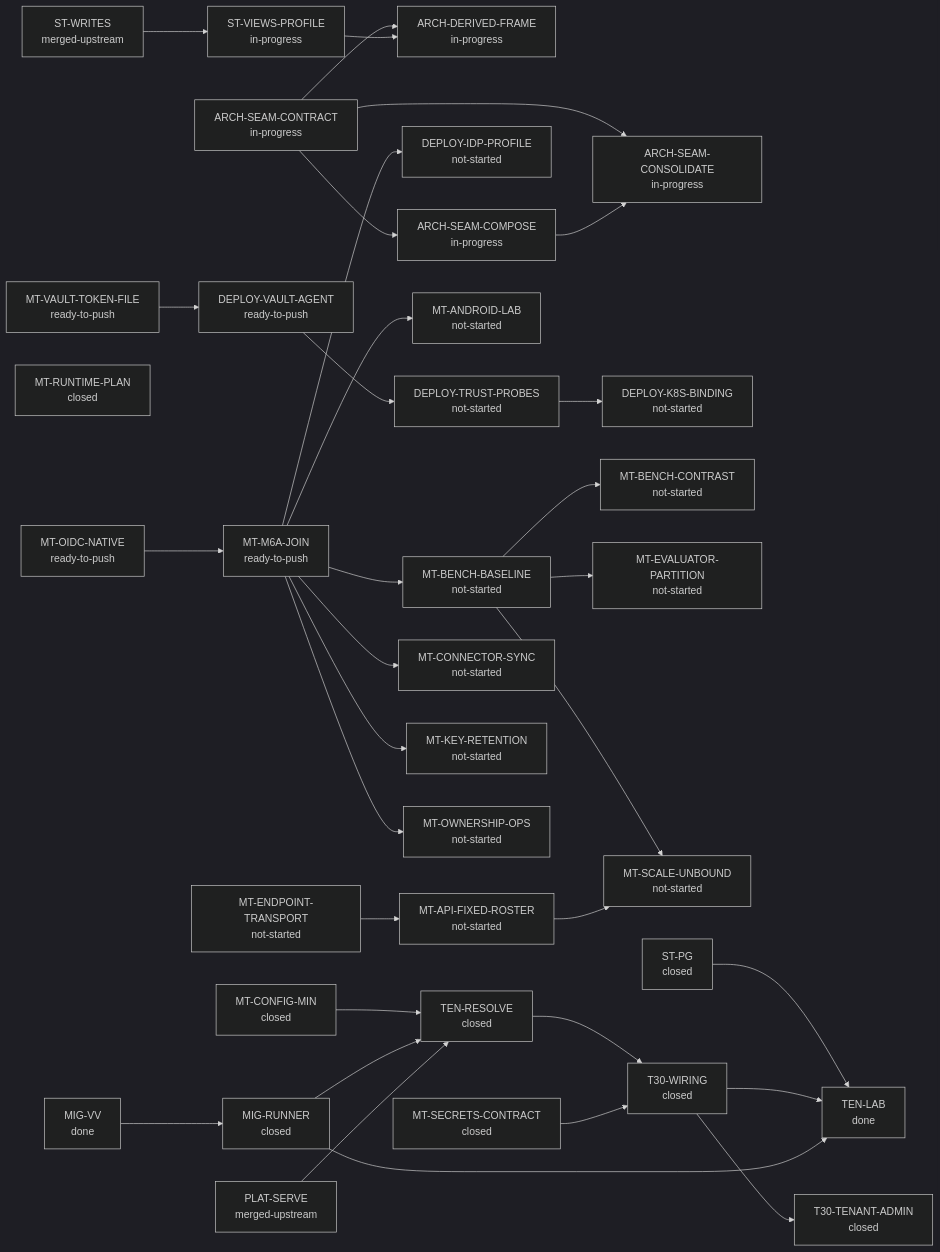
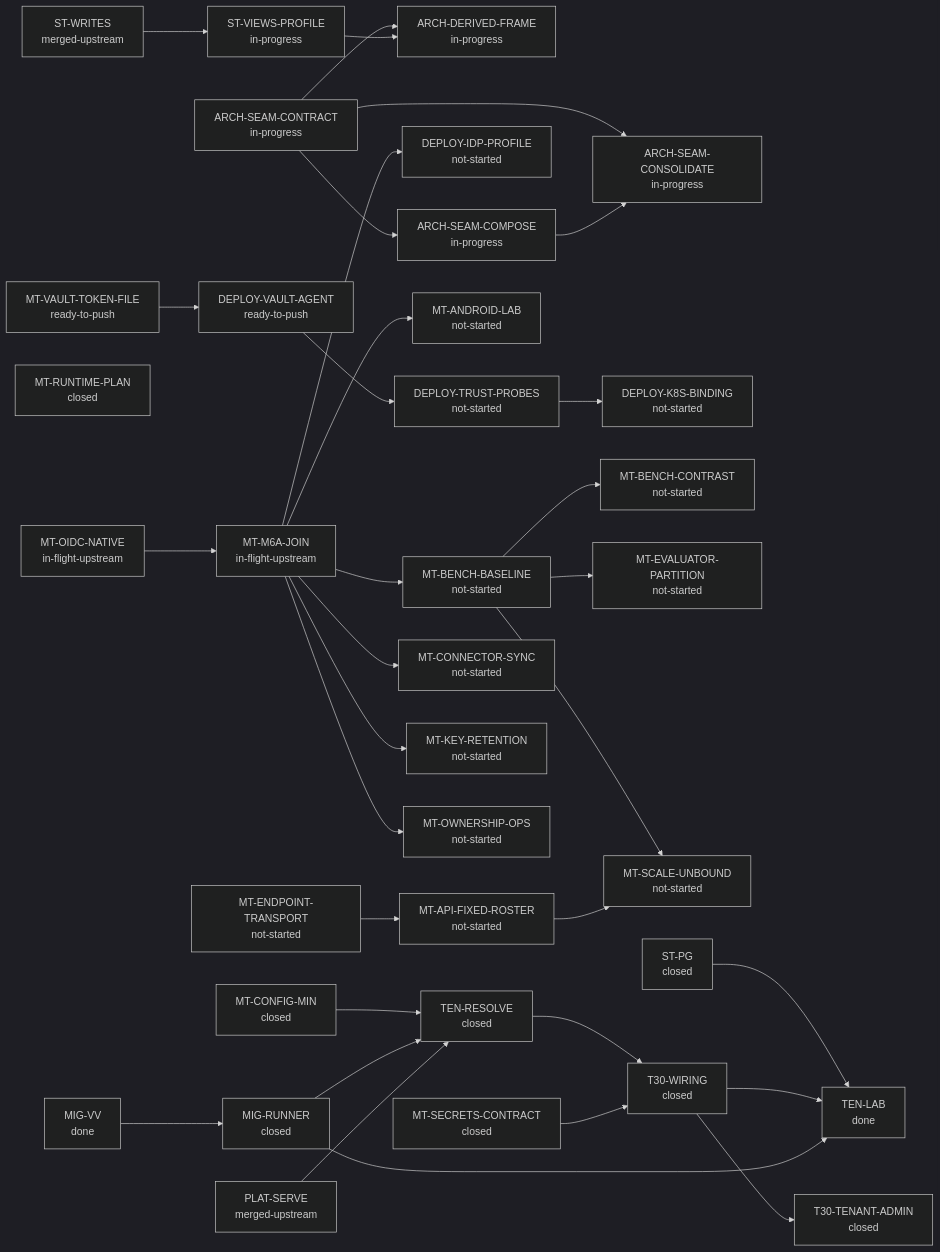
The second of 2 diagrams in docs/30-design/tenancy/multitenant-delivery-dashboard.md (bewest/rag-nightscout-ecosystem-alignment), drawn with Mermaid (dark theme) before and after one commit. The commit also changed other lines of this file and 10 other files, not shown here.

Commit message:
Record the #8898 push at 74036ba6, the opt-in discovery and owner DELETE decisions, CodeQL on the pushed head, and the single-site OIDC identity-list direction

````diff
--- a/docs/30-design/tenancy/multitenant-delivery-dashboard.md
+++ b/docs/30-design/tenancy/multitenant-delivery-dashboard.md
@@ -82,68 +82,68 @@
 ```mermaid
 flowchart LR
   ARCH-DERIVED-FRAME["ARCH-DERIVED-FRAME<br/>in-progress"]
   ARCH-SEAM-COMPOSE["ARCH-SEAM-COMPOSE<br/>in-progress"]
   ARCH-SEAM-CONSOLIDATE["ARCH-SEAM-CONSOLIDATE<br/>in-progress"]
   ARCH-SEAM-CONTRACT["ARCH-SEAM-CONTRACT<br/>in-progress"]
   DEPLOY-IDP-PROFILE["DEPLOY-IDP-PROFILE<br/>not-started"]
   DEPLOY-K8S-BINDING["DEPLOY-K8S-BINDING<br/>not-started"]
   DEPLOY-TRUST-PROBES["DEPLOY-TRUST-PROBES<br/>not-started"]
   DEPLOY-VAULT-AGENT["DEPLOY-VAULT-AGENT<br/>ready-to-push"]
   MIG-RUNNER["MIG-RUNNER<br/>closed"]
   MIG-VV["MIG-VV<br/>done"]
   MT-ANDROID-LAB["MT-ANDROID-LAB<br/>not-started"]
   MT-API-FIXED-ROSTER["MT-API-FIXED-ROSTER<br/>not-started"]
   MT-BENCH-BASELINE["MT-BENCH-BASELINE<br/>not-started"]
   MT-BENCH-CONTRAST["MT-BENCH-CONTRAST<br/>not-started"]
   MT-CONFIG-MIN["MT-CONFIG-MIN<br/>closed"]
   MT-CONNECTOR-SYNC["MT-CONNECTOR-SYNC<br/>not-started"]
   MT-ENDPOINT-TRANSPORT["MT-ENDPOINT-TRANSPORT<br/>not-started"]
   MT-EVALUATOR-PARTITION["MT-EVALUATOR-PARTITION<br/>not-started"]
   MT-KEY-RETENTION["MT-KEY-RETENTION<br/>not-started"]
-  MT-M6A-JOIN["MT-M6A-JOIN<br/>ready-to-push"]
-  MT-OIDC-NATIVE["MT-OIDC-NATIVE<br/>ready-to-push"]
+  MT-M6A-JOIN["MT-M6A-JOIN<br/>in-flight-upstream"]
+  MT-OIDC-NATIVE["MT-OIDC-NATIVE<br/>in-flight-upstream"]
   MT-OWNERSHIP-OPS["MT-OWNERSHIP-OPS<br/>not-started"]
   MT-RUNTIME-PLAN["MT-RUNTIME-PLAN<br/>closed"]
   MT-SCALE-UNBOUND["MT-SCALE-UNBOUND<br/>not-started"]
   MT-SECRETS-CONTRACT["MT-SECRETS-CONTRACT<br/>closed"]
   MT-VAULT-TOKEN-FILE["MT-VAULT-TOKEN-FILE<br/>ready-to-push"]
   PLAT-SERVE["PLAT-SERVE<br/>merged-upstream"]
   ST-PG["ST-PG<br/>closed"]
   ST-VIEWS-PROFILE["ST-VIEWS-PROFILE<br/>in-progress"]
   ST-WRITES["ST-WRITES<br/>merged-upstream"]
   T30-TENANT-ADMIN["T30-TENANT-ADMIN<br/>closed"]
   T30-WIRING["T30-WIRING<br/>closed"]
   TEN-LAB["TEN-LAB<br/>done"]
   TEN-RESOLVE["TEN-RESOLVE<br/>closed"]
   ARCH-SEAM-CONTRACT --> ARCH-DERIVED-FRAME
   ST-VIEWS-PROFILE --> ARCH-DERIVED-FRAME
   ARCH-SEAM-CONTRACT --> ARCH-SEAM-COMPOSE
   ARCH-SEAM-CONTRACT --> ARCH-SEAM-CONSOLIDATE
   ARCH-SEAM-COMPOSE --> ARCH-SEAM-CONSOLIDATE
   MT-M6A-JOIN --> DEPLOY-IDP-PROFILE
   DEPLOY-TRUST-PROBES --> DEPLOY-K8S-BINDING
   DEPLOY-VAULT-AGENT --> DEPLOY-TRUST-PROBES
   MT-VAULT-TOKEN-FILE --> DEPLOY-VAULT-AGENT
   MIG-VV --> MIG-RUNNER
   MT-M6A-JOIN --> MT-ANDROID-LAB
   MT-ENDPOINT-TRANSPORT --> MT-API-FIXED-ROSTER
   MT-M6A-JOIN --> MT-BENCH-BASELINE
   MT-BENCH-BASELINE --> MT-BENCH-CONTRAST
   MT-M6A-JOIN --> MT-CONNECTOR-SYNC
   MT-BENCH-BASELINE --> MT-EVALUATOR-PARTITION
   MT-M6A-JOIN --> MT-KEY-RETENTION
   MT-OIDC-NATIVE --> MT-M6A-JOIN
   MT-M6A-JOIN --> MT-OWNERSHIP-OPS
   MT-BENCH-BASELINE --> MT-SCALE-UNBOUND
   MT-API-FIXED-ROSTER --> MT-SCALE-UNBOUND
   ST-WRITES --> ST-VIEWS-PROFILE
   T30-WIRING --> T30-TENANT-ADMIN
   TEN-RESOLVE --> T30-WIRING
   MT-SECRETS-CONTRACT --> T30-WIRING
   ST-PG --> TEN-LAB
   T30-WIRING --> TEN-LAB
   MIG-RUNNER --> TEN-LAB
   MT-CONFIG-MIN --> TEN-RESOLVE
   MIG-RUNNER --> TEN-RESOLVE
   PLAT-SERVE --> TEN-RESOLVE
 ```
````
